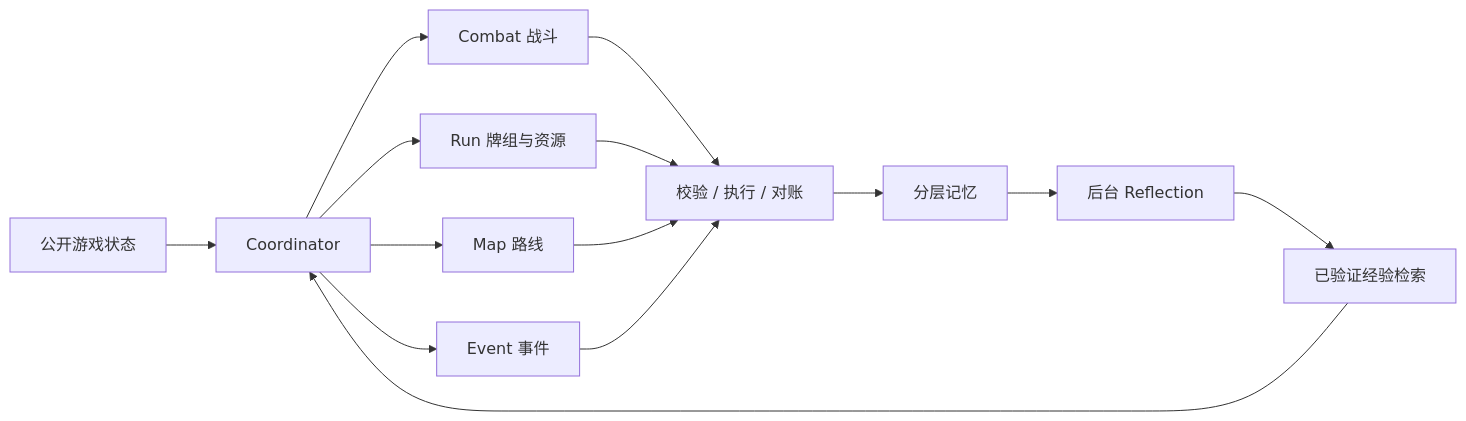
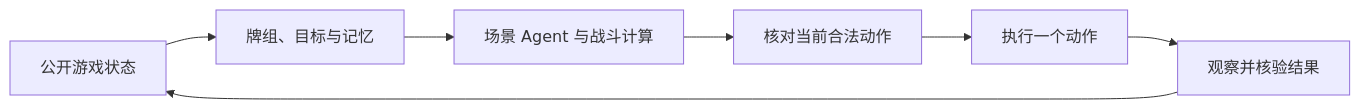
One commit to optima-xu/SpireMind changed the diagram in README.zh-CN.md. Above: the diagram before and after it, drawn with Mermaid. The commit also changed other lines of this file and 138 other files, not shown here.

Commit message:
Refactor agent architecture and update documentation

````diff
--- a/README.zh-CN.md
+++ b/README.zh-CN.md
@@ -86,13 +120,9 @@
 ```mermaid
 flowchart LR
-    Game[公开游戏状态] --> Coordinator[Coordinator]
-    Coordinator --> Combat[Combat 战斗]
-    Coordinator --> Run[Run 牌组与资源]
-    Coordinator --> Map[Map 路线]
-    Coordinator --> Event[Event 事件]
-    Combat & Run & Map & Event --> Execute[校验 / 执行 / 对账]
-    Execute --> Memory[分层记忆]
-    Memory --> Reflection[后台 Reflection]
-    Reflection --> Retrieval[已验证经验检索]
-    Retrieval --> Coordinator
+    State[公开游戏状态] --> Context[牌组、目标与记忆]
+    Context --> Decide[场景 Agent 与战斗计算]
+    Decide --> Check[核对当前合法动作]
+    Check --> Act[执行一个动作]
+    Act --> Verify[观察并核验结果]
+    Verify --> State
 ```
````
